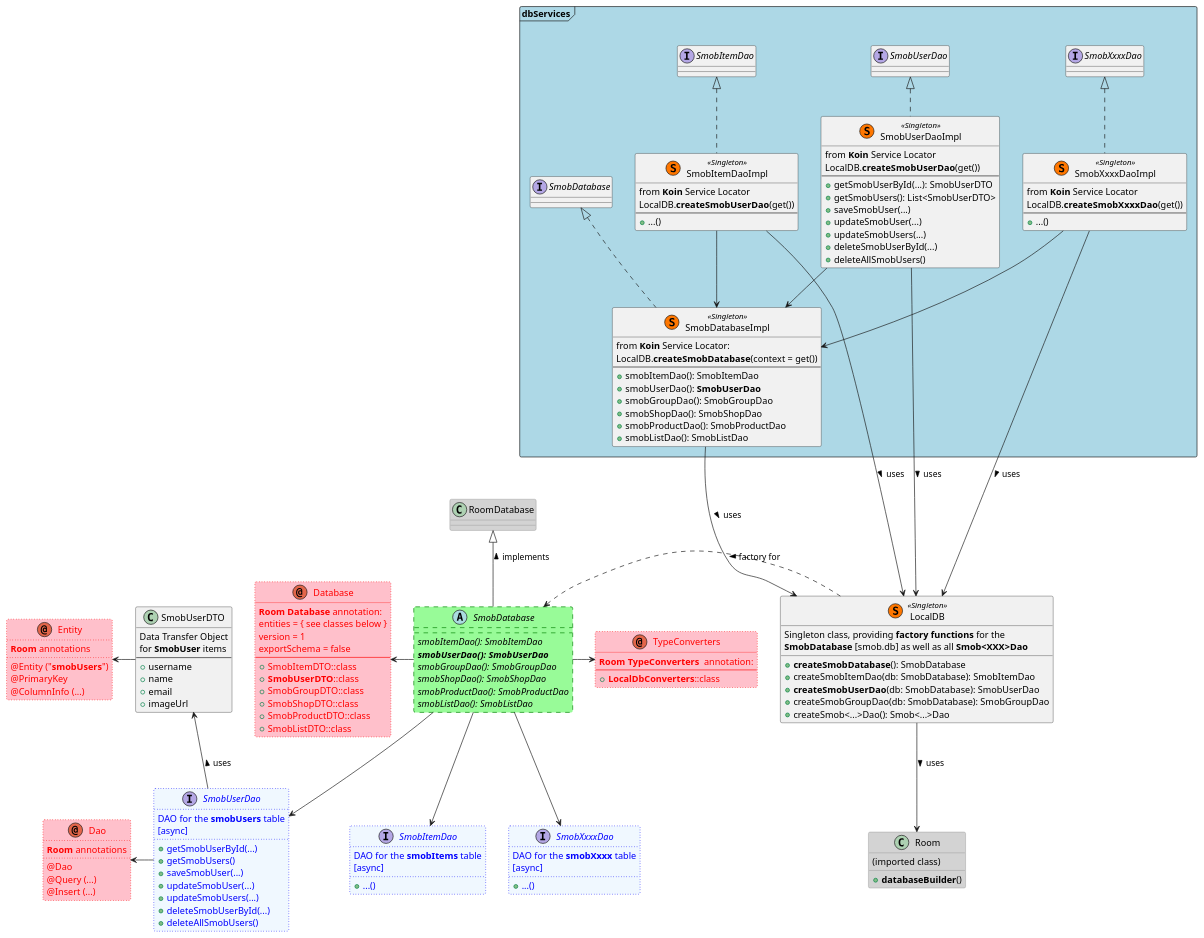
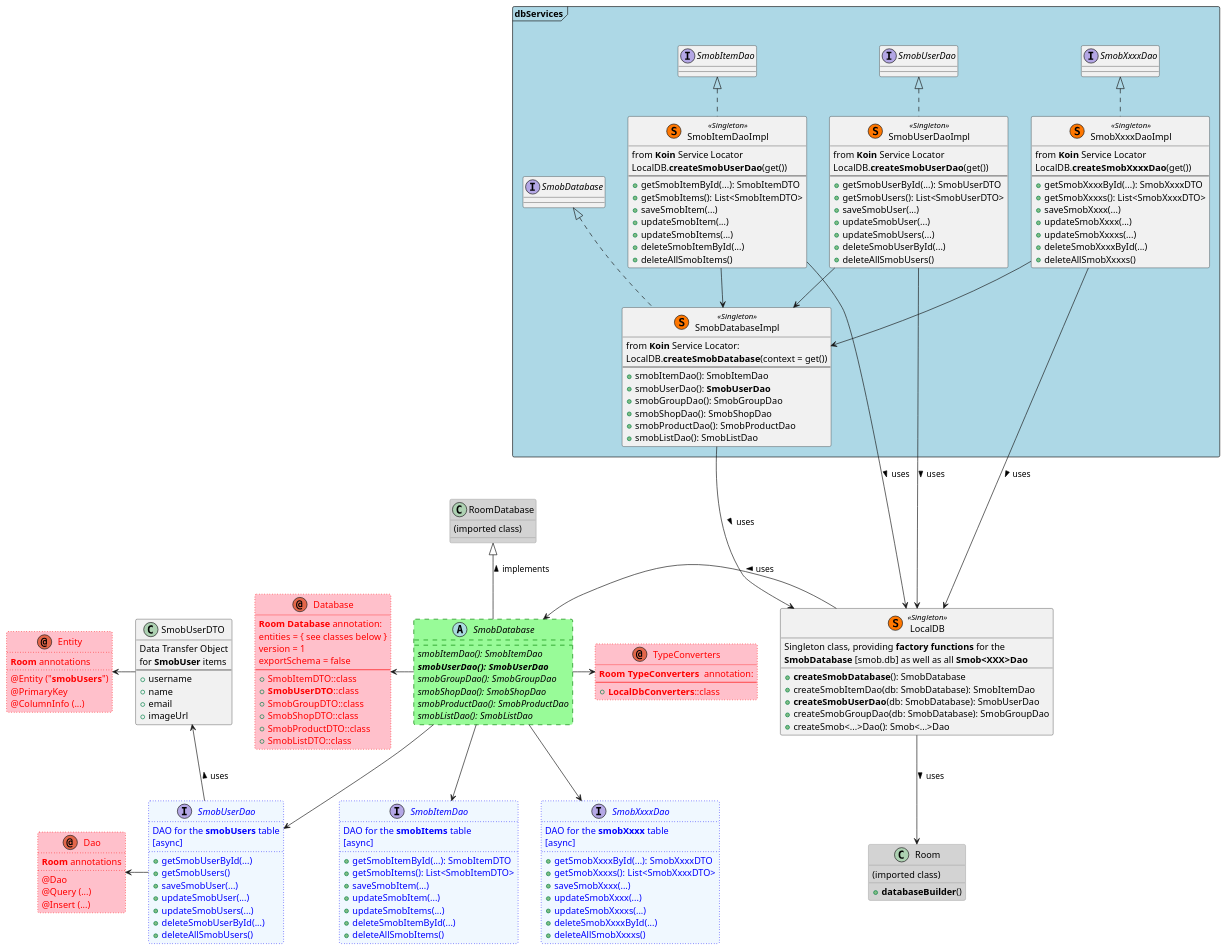
Before and after one commit to fwornle/ShopMob: the diagram in doc/puml/localDB.md, drawn with PlantUML.

Commit message:
Completed UML for localDB

````diff
--- a/doc/puml/localDB.md
+++ b/doc/puml/localDB.md
@@ -1,7 +1,9 @@
 ```plantuml
 @startuml
 
-class RoomDatabase #lightgray ##gray
+class RoomDatabase #lightgray ##gray {
+    {field} (imported class)
+} 
 
 abstract SmobDatabase #palegreen ##[dashed]green {
   {abstract} smobItemDao(): SmobItemDao
@@ -40,9 +42,15 @@
 }
 
 interface SmobItemDao #aliceblue;line:blue;line.dotted;text:blue {
-  DAO for the **smobItems** table
-  [async]
-  +...()
+    DAO for the **smobItems** table
+    [async]
+    +getSmobItemById(...): SmobItemDTO
+    +getSmobItems(): List<SmobItemDTO>
+    +saveSmobItem(...)
+    +updateSmobItem(...)
+    +updateSmobItems(...)
+    +deleteSmobItemById(...)
+    +deleteAllSmobItems()
 }
 
 interface SmobUserDao #aliceblue;line:blue;line.dotted;text:blue {
@@ -58,9 +66,15 @@
 }
 
 interface SmobXxxxDao #aliceblue;line:blue;line.dotted;text:blue {
-  DAO for the **smobXxxx** table
-  [async]
-  +...()
+    DAO for the **smobXxxx** table
+    [async]
+    +getSmobXxxxById(...): SmobXxxxDTO
+    +getSmobXxxxs(): List<SmobXxxxDTO>
+    +saveSmobXxxx(...)
+    +updateSmobXxxx(...)
+    +updateSmobXxxxs(...)
+    +deleteSmobXxxxById(...)
+    +deleteAllSmobXxxxs()
 }
 
 together {
@@ -86,7 +100,7 @@
  + **databaseBuilder**()
  }
 
-LocalDB .left.> SmobDatabase : factory for >
+LocalDB -left-> SmobDatabase : uses >
 LocalDB -down-> Room : uses >
 
 
@@ -151,14 +165,26 @@
         from **Koin** Service Locator
         LocalDB.**createSmobUserDao**(get())
         ---
-        +...() 
+        +getSmobItemById(...): SmobItemDTO
+        +getSmobItems(): List<SmobItemDTO>
+        +saveSmobItem(...)
+        +updateSmobItem(...)
+        +updateSmobItems(...)
+        +deleteSmobItemById(...)
+        +deleteAllSmobItems()
     }
     
     class SmobXxxxDaoImpl << (S,#FF7700) Singleton >> implements SmobXxxxDao {
         from **Koin** Service Locator
         LocalDB.**createSmobXxxxDao**(get())
         ---
-        +...() 
+        +getSmobXxxxById(...): SmobXxxxDTO
+        +getSmobXxxxs(): List<SmobXxxxDTO>
+        +saveSmobXxxx(...)
+        +updateSmobXxxx(...)
+        +updateSmobXxxxs(...)
+        +deleteSmobXxxxById(...)
+        +deleteAllSmobXxxxs()
     }
     
     SmobDatabaseImpl <-up- SmobUserDaoImpl 
````
